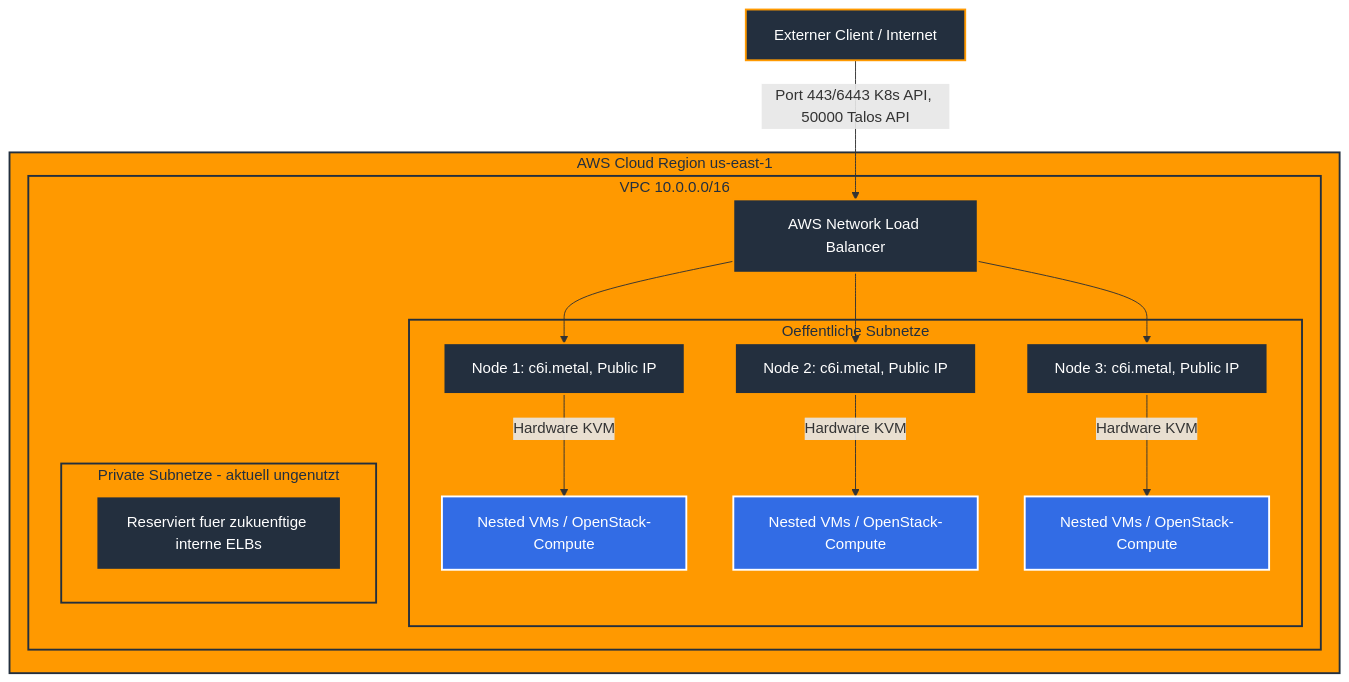
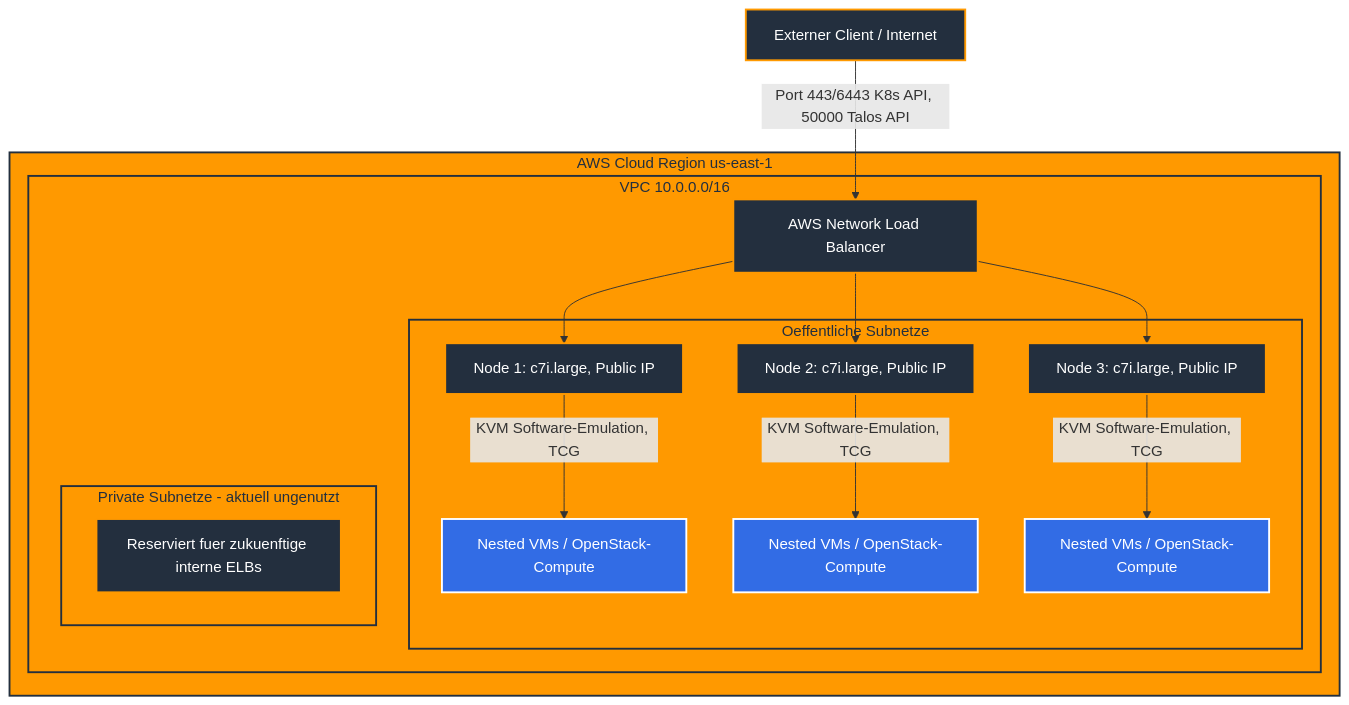
One commit to lanixx/talos-aws changed the diagram in README.md. Above: the diagram before and after it, drawn with Mermaid. The commit also changed other lines of this file and 5 other files, not shown here.

````diff
--- a/README.md
+++ b/README.md
@@ -16,36 +18,36 @@
 ```mermaid
 graph TD
     Client[Externer Client / Internet] --> |Port 443/6443 K8s API, 50000 Talos API| NLB[AWS Network Load Balancer]
 
     subgraph AWS_Cloud [AWS Cloud Region us-east-1]
         subgraph VPC [VPC 10.0.0.0/16]
             NLB
 
             subgraph Public_Subnets [Oeffentliche Subnetze]
-                CP1[Node 1: c6i.metal, Public IP]
-                CP2[Node 2: c6i.metal, Public IP]
-                CP3[Node 3: c6i.metal, Public IP]
+                CP1[Node 1: c7i.large, Public IP]
+                CP2[Node 2: c7i.large, Public IP]
+                CP3[Node 3: c7i.large, Public IP]
 
-                CP1 --> |Hardware KVM| VM1[Nested VMs / OpenStack-Compute]
-                CP2 --> |Hardware KVM| VM2[Nested VMs / OpenStack-Compute]
-                CP3 --> |Hardware KVM| VM3[Nested VMs / OpenStack-Compute]
+                CP1 --> |KVM Software-Emulation, TCG| VM1[Nested VMs / OpenStack-Compute]
+                CP2 --> |KVM Software-Emulation, TCG| VM2[Nested VMs / OpenStack-Compute]
+                CP3 --> |KVM Software-Emulation, TCG| VM3[Nested VMs / OpenStack-Compute]
             end
 
             subgraph Private_Subnets [Private Subnetze - aktuell ungenutzt]
                 Reserved[Reserviert fuer zukuenftige interne ELBs]
             end
 
             NLB --> CP1
             NLB --> CP2
             NLB --> CP3
         end
     end
 
     classDef aws fill:#FF9900,stroke:#232F3E,stroke-width:2px,color:#232F3E;
     classDef k8s fill:#326CE5,stroke:#fff,stroke-width:2px,color:#fff;
     classDef node fill:#232F3E,stroke:#FF9900,stroke-width:2px,color:#fff;
 
     class AWS_Cloud,VPC,Public_Subnets,Private_Subnets aws;
     class VM1,VM2,VM3 k8s;
     class CP1,CP2,CP3 node;
 ```
````
